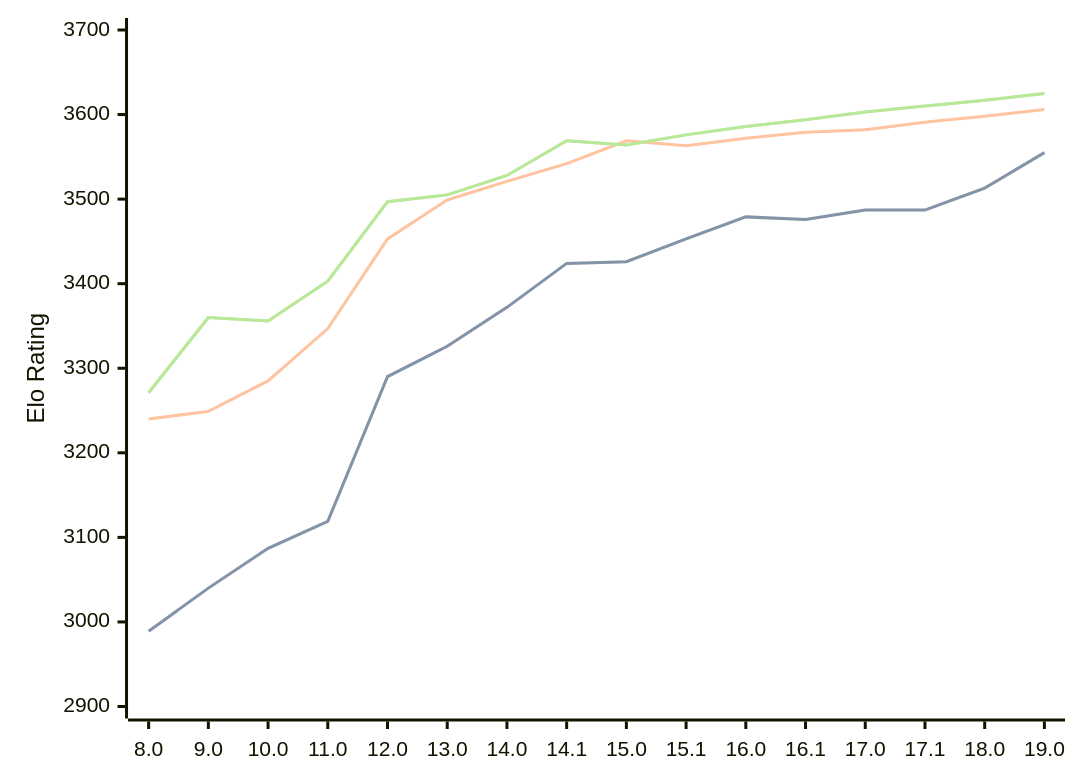
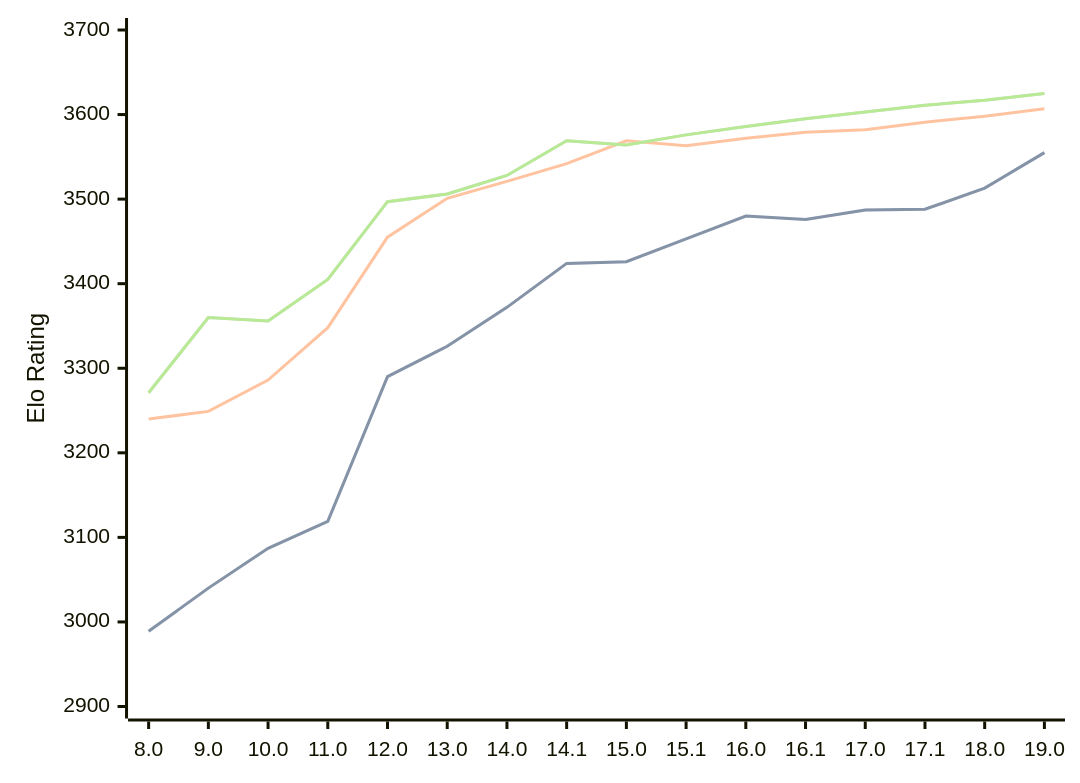
The diagram in engines/Stockfish.md (computer-chess-index/cci), drawn with Mermaid before and after one commit. The commit also changed other lines of this file, not shown here.

Commit message:
Update CCI Ratings (ELO VLTC) - 2026-09-10

````diff
--- a/engines/Stockfish.md
+++ b/engines/Stockfish.md
@@ -46,11 +46,11 @@
 ```mermaid
 %%{init: {"theme":"base","themeVariables":{"seriesColors:['#a3a3a3','#222221','#faa371']}}}%%
 xychart-beta
   x-axis ["8.0", "9.0", "10.0", "11.0", "12.0", "13.0", "14.0", "14.1", "15.0", "15.1", "16.0", "16.1", "17.0", "17.1", "18.0", "19.0"]
   y-axis "Elo Rating" 2900 --> 3700
-  line "" [2989, 3040, 3087, 3119, 3290, 3326, 3372, 3424, 3426, 3453, 3479, 3476, 3487, 3487, 3513, 3555]
-  line "STC (8.0+0.08s)" [2989, 3040, 3087, 3119, 3290, 3326, 3372, 3424, 3426, 3453, 3479, 3476, 3487, 3487, 3513, 3555]
-  line "LTC (60.0+0.60s)" [3240, 3249, 3285, 3347, 3453, 3499, 3521, 3542, 3569, 3563, 3572, 3579, 3582, 3591, 3598, 3606]
-  line "" [3271, 3360, 3356, 3403, 3497, 3505, 3528, 3569, 3564, 3576, 3586, 3594, 3603, 3610, 3617, 3625]
-  line "VLTC (2m24s+1.12s)" [3271, 3360, 3356, 3403, 3497, 3505, 3528, 3569, 3564, 3576, 3586, 3594, 3603, 3610, 3617, 3625]
+  line "" [2989, 3040, 3087, 3119, 3290, 3326, 3372, 3424, 3426, 3453, 3480, 3476, 3487, 3488, 3513, 3555]
+  line "STC (8.0+0.08s)" [2989, 3040, 3087, 3119, 3290, 3326, 3372, 3424, 3426, 3453, 3480, 3476, 3487, 3488, 3513, 3555]
+  line "LTC (60.0+0.60s)" [3240, 3249, 3286, 3348, 3455, 3501, 3521, 3542, 3569, 3563, 3572, 3579, 3582, 3591, 3598, 3607]
+  line "" [3271, 3360, 3356, 3405, 3497, 3506, 3528, 3569, 3564, 3576, 3586, 3595, 3603, 3611, 3617, 3625]
+  line "VLTC (2m24s+1.12s)" [3271, 3360, 3356, 3405, 3497, 3506, 3528, 3569, 3564, 3576, 3586, 3595, 3603, 3611, 3617, 3625]
 ```
````
